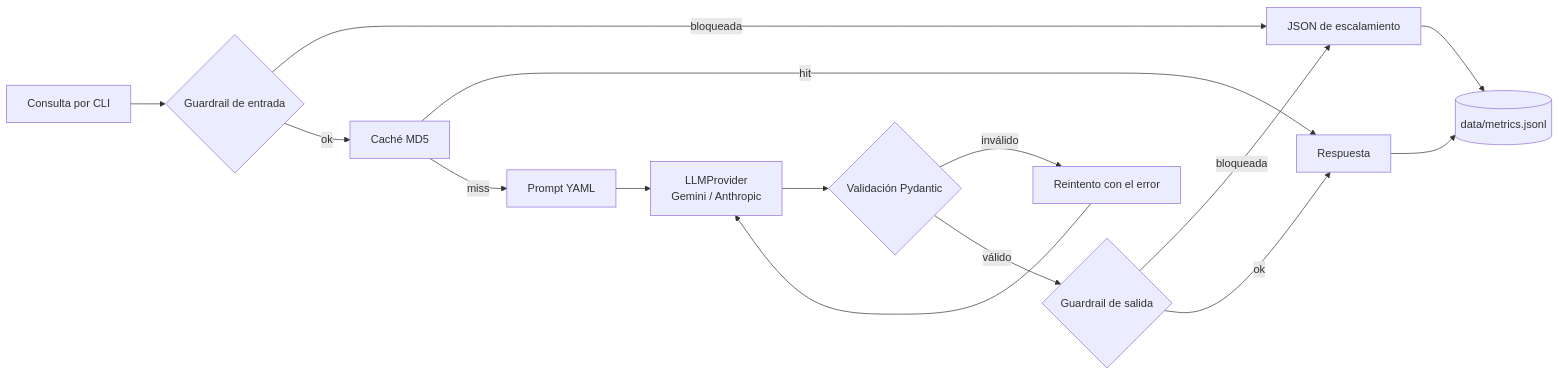
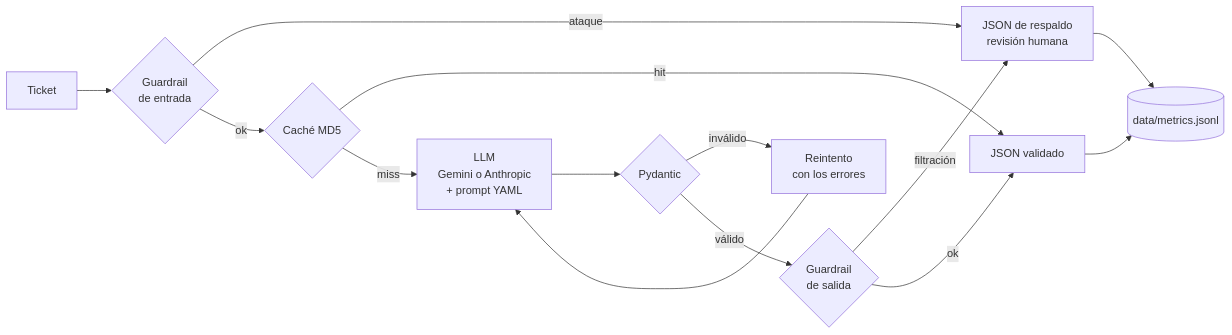
Before and after one commit to bryan-delacruz/nubbix-triage: the first of 2 diagrams in README.md, drawn with Mermaid. The commit also changed other lines of this file and 3 other files, not shown here.

Commit message:
docs: README corto con diagramas y detalle en docs/

````diff
--- a/README.md
+++ b/README.md
@@ -92,16 +13,15 @@
 ```mermaid
 flowchart LR
-    A[Consulta por CLI] --> B{Guardrail de entrada}
-    B -- bloqueada --> X[JSON de escalamiento]
-    B -- ok --> C[Caché MD5]
-    C -- hit --> H[Respuesta]
-    C -- miss --> D[Prompt YAML]
-    D --> E[LLMProvider<br/>Gemini / Anthropic]
-    E --> F{Validación Pydantic}
-    F -- inválido --> R[Reintento con el error] --> E
-    F -- válido --> G{Guardrail de salida}
-    G -- bloqueada --> X
+    A[Ticket] --> B{Guardrail<br/>de entrada}
+    B -- ataque --> X[JSON de respaldo<br/>revisión humana]
+    B -- ok --> C{Caché MD5}
+    C -- hit --> H[JSON validado]
+    C -- miss --> E[LLM<br/>Gemini o Anthropic<br/>+ prompt YAML]
+    E --> F{Pydantic}
+    F -- inválido --> R[Reintento<br/>con los errores] --> E
+    F -- válido --> G{Guardrail<br/>de salida}
+    G -- filtración --> X
     G -- ok --> H
     H --> M[(data/metrics.jsonl)]
     X --> M
 ```
````
